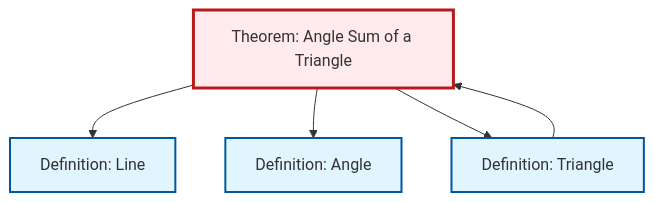
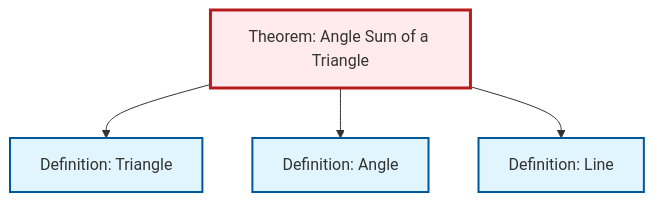
The diagram in content/en/geometry/thm-angle-sum-triangle.qmd (RK0429/ModernMath), drawn with Mermaid before and after one commit. The commit also changed 511 other files, not shown here.

````diff
--- a/content/en/geometry/thm-angle-sum-triangle.qmd
+++ b/content/en/geometry/thm-angle-sum-triangle.qmd
@@ -57,22 +57,17 @@
 ```{mermaid}
 %%| fig-cap: "Local dependency graph"
 graph TD
     classDef definition fill:#e1f5fe,stroke:#01579b,stroke-width:2px
     classDef theorem fill:#f3e5f5,stroke:#4a148c,stroke-width:2px
     classDef axiom fill:#fff3e0,stroke:#e65100,stroke-width:2px
     classDef example fill:#e8f5e9,stroke:#1b5e20,stroke-width:2px
     classDef current fill:#ffebee,stroke:#b71c1c,stroke-width:3px
     thm-angle-sum-triangle["Theorem: Angle Sum of a Triangle"]:::theorem
     def-angle["Definition: Angle"]:::definition
+    def-line["Definition: Line"]:::definition
     def-triangle["Definition: Triangle"]:::definition
-    def-line["Definition: Line"]:::definition
+    thm-angle-sum-triangle --> def-triangle
+    thm-angle-sum-triangle --> def-angle
     thm-angle-sum-triangle --> def-line
-    thm-angle-sum-triangle --> def-angle
-    thm-angle-sum-triangle --> def-triangle
-    def-triangle --> thm-angle-sum-triangle
     class thm-angle-sum-triangle current
-
-    click def-angle "def-angle.html" "Go to Angle definition"
-    click def-triangle "def-triangle.html" "Go to Triangle definition"
-    click def-line "def-line.html" "Go to Line definition"
 ```
````
